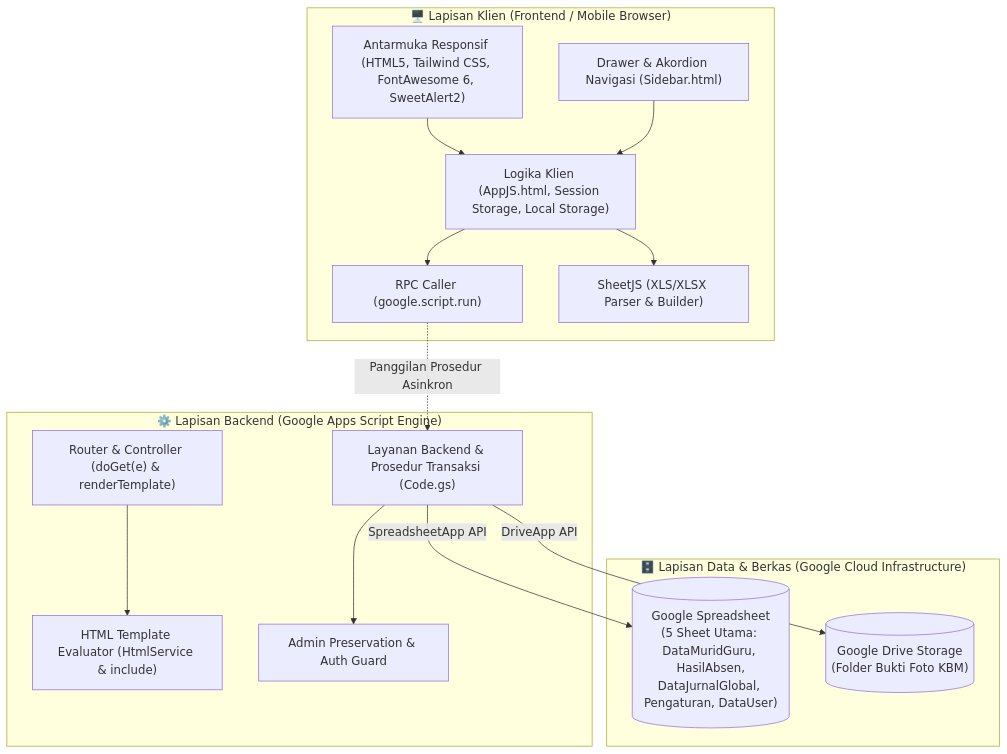
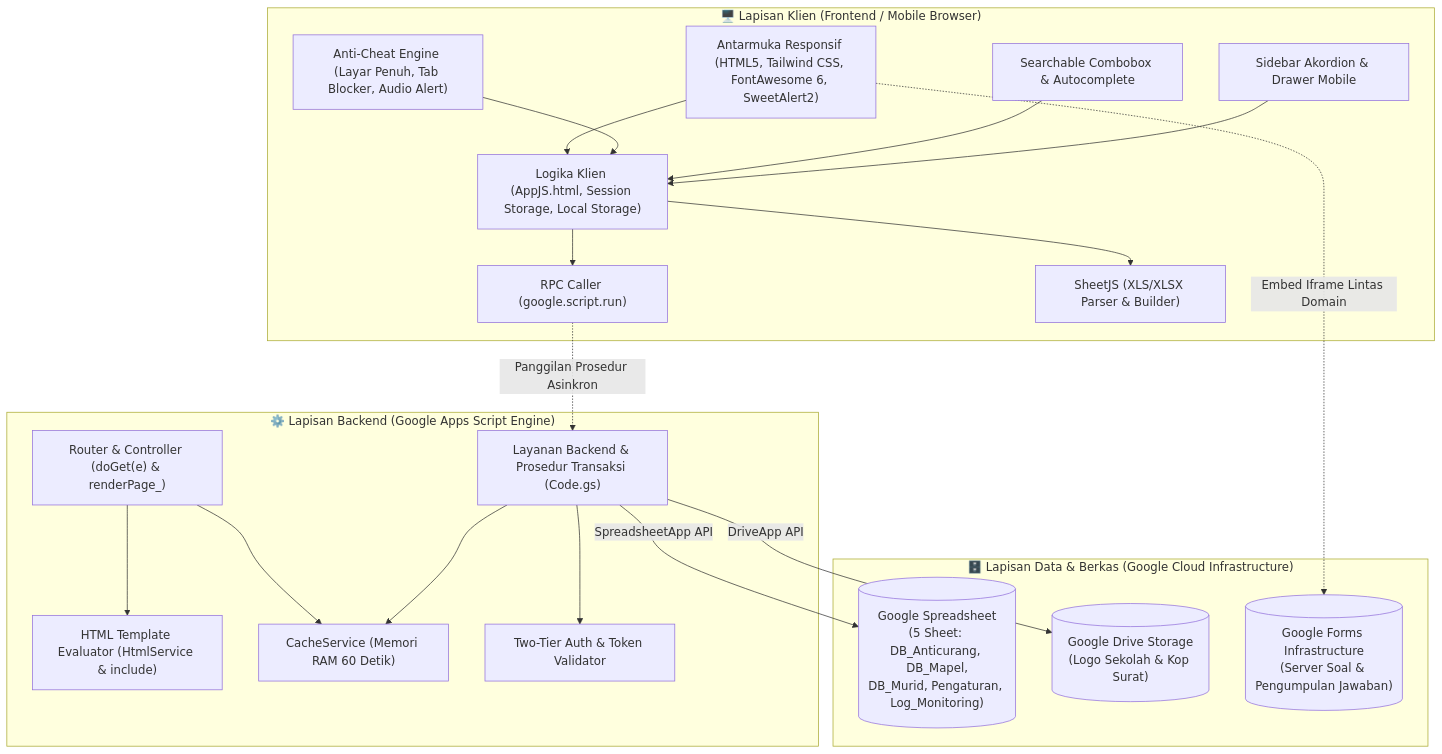
One commit to 01dell18-gif/App-Web-Anticurang changed the first of 3 diagrams in Teknik pembuatan.md. Above: the diagram before and after it, drawn with Mermaid. The commit also changed other lines of this file and 1 other file, not shown here.

Commit message:
docs: sesuaikan Teknik pembuatan.md dan README.md dengan arsitektur web portal ujian anticurang

````diff
--- a/Teknik pembuatan.md
+++ b/Teknik pembuatan.md
@@ -28,31 +30,43 @@
 ```mermaid
 graph TD
     subgraph ClientLayer["🖥️ Lapisan Klien (Frontend / Mobile Browser)"]
         UI["Antarmuka Responsif (HTML5, Tailwind CSS, FontAwesome 6, SweetAlert2)"]
         ClientLogic["Logika Klien (AppJS.html, Session Storage, Local Storage)"]
-        NavControl["Drawer & Akordion Navigasi (Sidebar.html)"]
+        AntiCheat["Anti-Cheat Engine (Layar Penuh, Tab Blocker, Audio Alert)"]
+        ComboboxEngine["Searchable Combobox & Autocomplete"]
+        NavControl["Sidebar Akordion & Drawer Mobile"]
         RPC["RPC Caller (google.script.run)"]
         ExcelEngine["SheetJS (XLS/XLSX Parser & Builder)"]
+        
         UI --> ClientLogic
+        AntiCheat --> ClientLogic
+        ComboboxEngine --> ClientLogic
         NavControl --> ClientLogic
         ClientLogic --> RPC
         ClientLogic --> ExcelEngine
     end
 
     subgraph ServerlessLayer["⚙️ Lapisan Backend (Google Apps Script Engine)"]
-        Router["Router & Controller (doGet(e) & renderTemplate)"]
+        Router["Router & Controller (doGet(e) & renderPage_)"]
         TemplateEngine["HTML Template Evaluator (HtmlService & include)"]
+        Cache["CacheService (Memori RAM 60 Detik)"]
         API["Layanan Backend & Prosedur Transaksi (Code.gs)"]
-        AdminGuard["Admin Preservation & Auth Guard"]
+        AuthGuard["Two-Tier Auth & Token Validator"]
+        
         Router --> TemplateEngine
+        Router --> Cache
         RPC -.->|Panggilan Prosedur Asinkron| API
-        API --> AdminGuard
+        API --> AuthGuard
+        API --> Cache
     end
 
     subgraph StorageLayer["🗄️ Lapisan Data & Berkas (Google Cloud Infrastructure)"]
-        SheetsDB[("Google Spreadsheet\n(5 Sheet Utama: DataMuridGuru, HasilAbsen,\nDataJurnalGlobal, Pengaturan, DataUser)")]
-        DriveStore[("Google Drive Storage\n(Folder Bukti Foto KBM)")]
+        SheetsDB[("Google Spreadsheet\n(5 Sheet: DB_Anticurang, DB_Mapel,\nDB_Murid, Pengaturan, Log_Monitoring)")]
+        DriveStore[("Google Drive Storage\n(Logo Sekolah & Kop Surat)")]
+        GForms[("Google Forms Infrastructure\n(Server Soal & Pengumpulan Jawaban)")]
+        
         API -->|SpreadsheetApp API| SheetsDB
         API -->|DriveApp API| DriveStore
+        UI -.->|Embed Iframe Lintas Domain| GForms
     end
 ```
````
